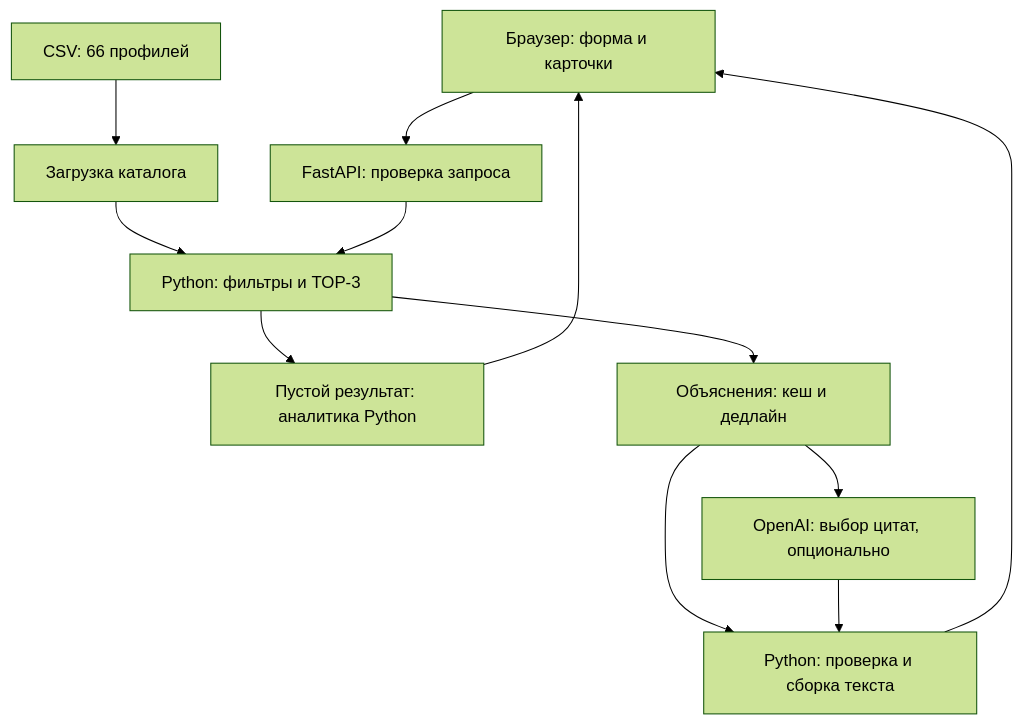
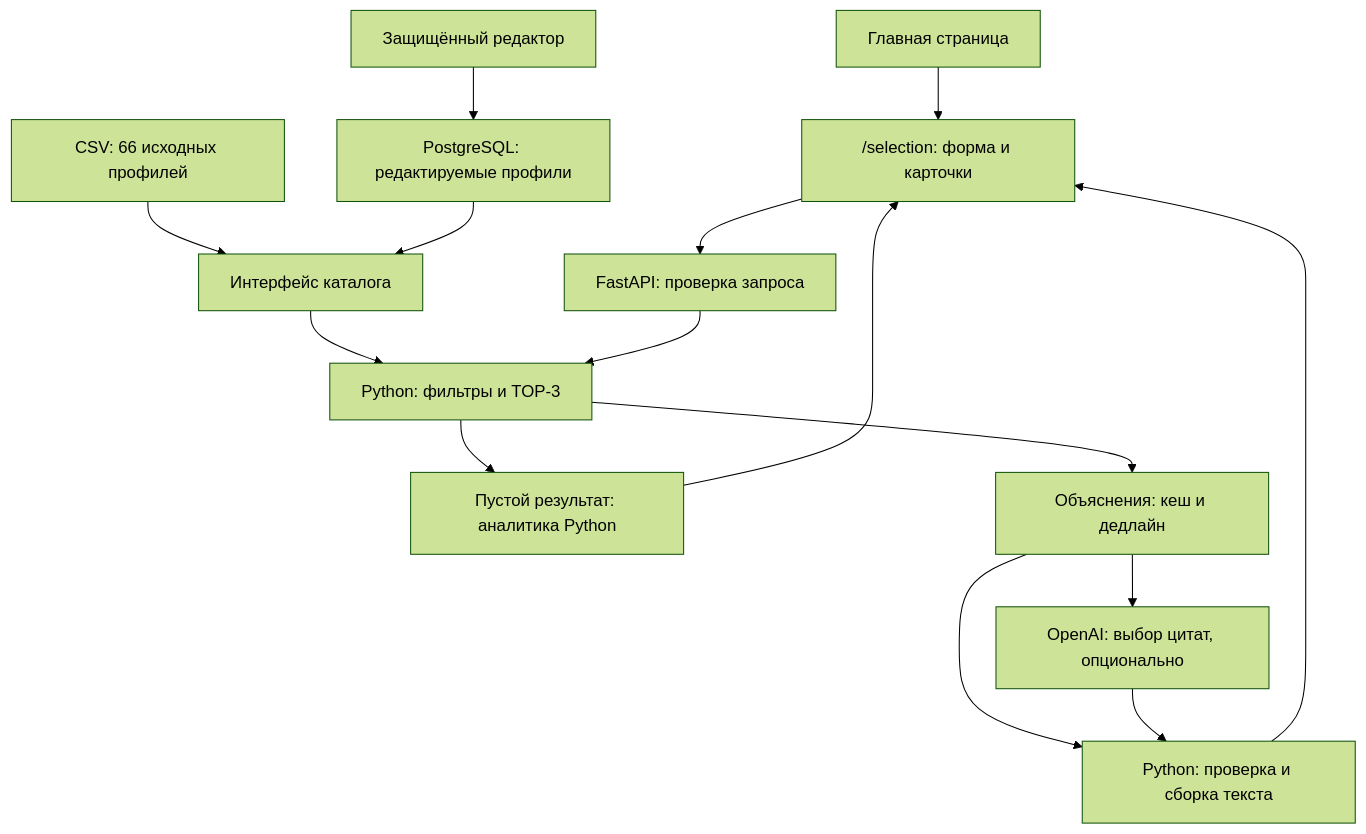
The diagram in README.md (BAITC-Hacks/hack-dbe07283-nursolution), drawn with Mermaid (forest theme) before and after one commit. The commit also changed other lines of this file, not shown here.

````diff
--- a/README.md
+++ b/README.md
@@ -152,14 +281,17 @@
 ```mermaid
 flowchart TD
-    UI["Браузер: форма и карточки"] --> API["FastAPI: проверка запроса"]
-    CSV["CSV: 66 профилей"] --> Catalog["Загрузка каталога"]
+    Home["Главная страница"] --> UI["/selection: форма и карточки"]
+    UI --> API["FastAPI: проверка запроса"]
+    CSV["CSV: 66 исходных профилей"] --> Catalog["Интерфейс каталога"]
+    PG["PostgreSQL: редактируемые профили"] --> Catalog
+    Editor["Защищённый редактор"] --> PG
     Catalog --> Match["Python: фильтры и TOP-3"]
     API --> Match
     Match --> Empty["Пустой результат: аналитика Python"]
     Match --> Explain["Объяснения: кеш и дедлайн"]
     Explain --> AI["OpenAI: выбор цитат, опционально"]
     Explain --> Facts["Python: проверка и сборка текста"]
     AI --> Facts
     Empty --> UI
     Facts --> UI
 ```
````
